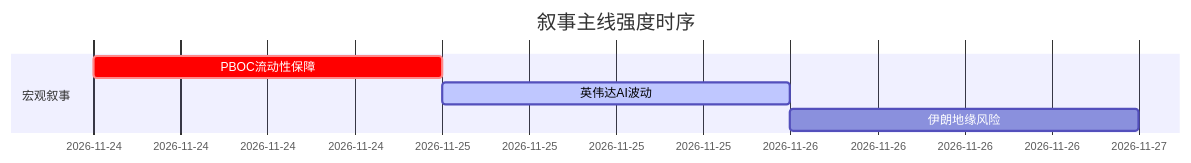
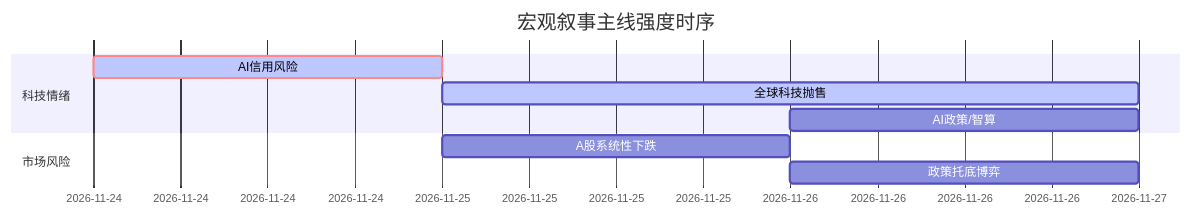
Before and after one commit to uu5zn/uu5zn.github.io: the diagram in 5day_report.md, drawn with Mermaid. The commit also changed other lines of this file and 23 other files, not shown here.

````diff
--- a/5day_report.md
+++ b/5day_report.md
@@ -45,9 +54,13 @@
 ```mermaid
 gantt
-    title 叙事主线强度时序
+    title 宏观叙事主线强度时序
     dateFormat  YYYY-MM-DD
-    section 宏观叙事
-    PBOC流动性保障   :crit, 2026-11-24, 1d
-    英伟达AI波动       :active, 2026-11-25, 1d
-    伊朗地缘风险       :2026-11-26, 1d
+    section 科技情绪
+    AI信用风险   :crit, active, 2026-11-24, 1d
+    全球科技抛售   :active, 2026-11-25, 2d
+    AI政策/智算   :2026-11-26, 1d
+    
+    section 市场风险
+    A股系统性下跌   :2026-11-25, 1d
+    政策托底博弈   :2026-11-26, 1d
 ```
````
